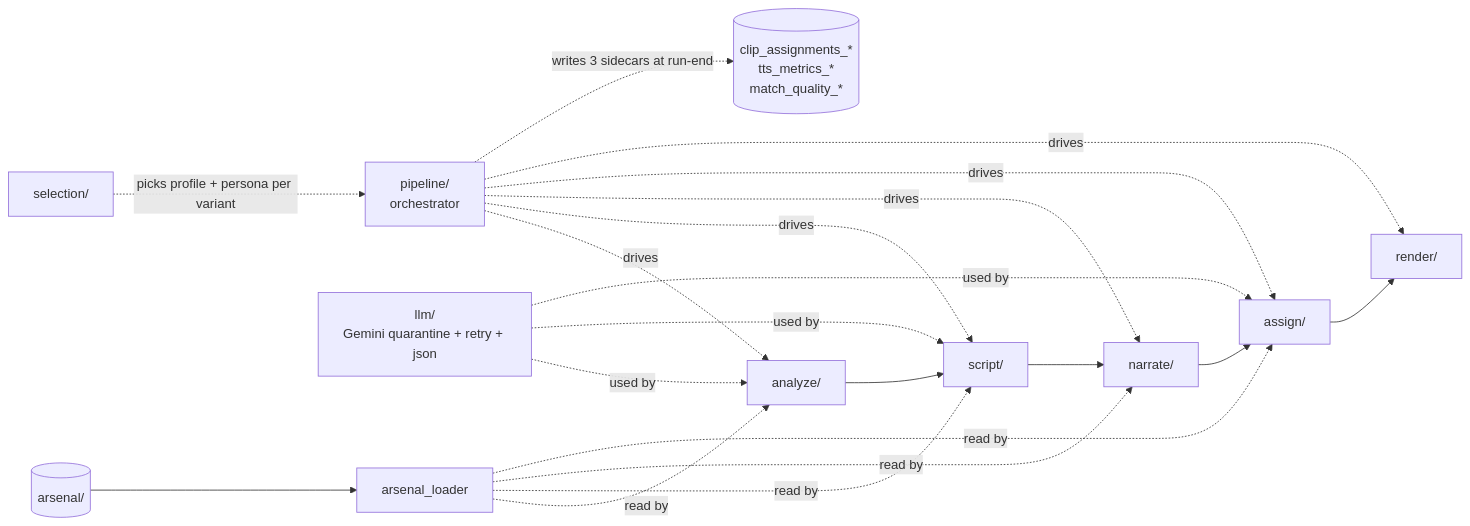
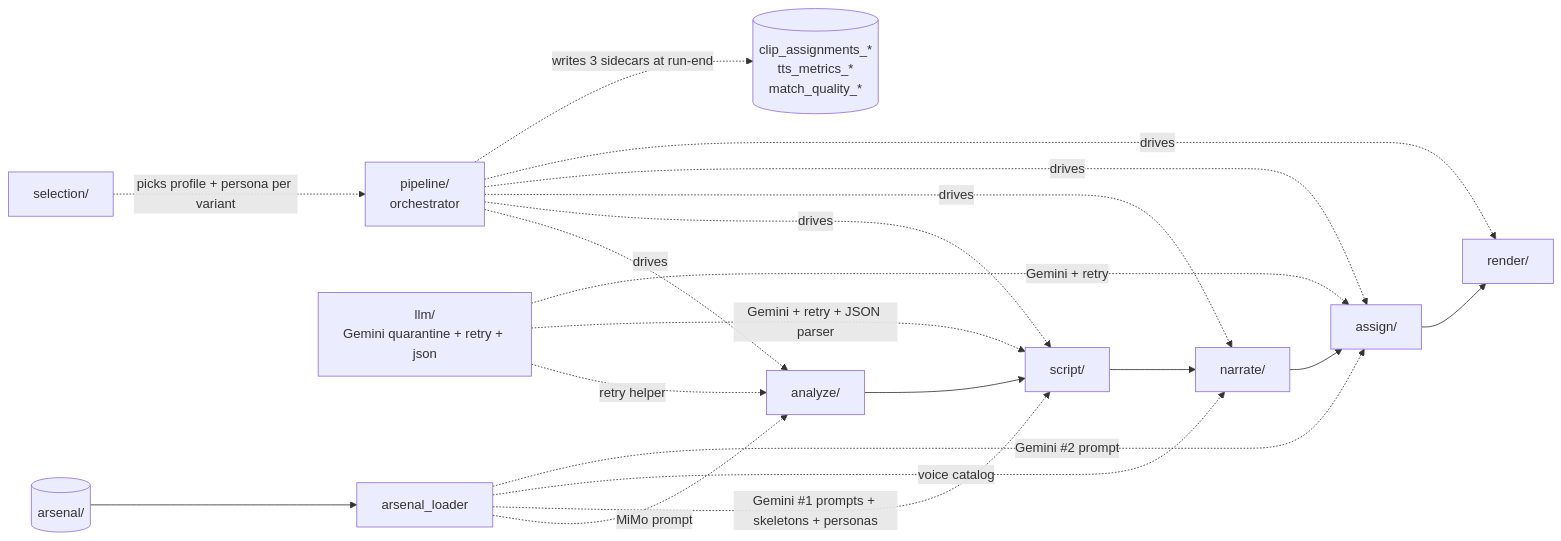
The diagram in promo/core/architecture.md (Leo86868/Promo-Pipeline), drawn with Mermaid before and after one commit. The commit also changed other lines of this file, not shown here.

First paragraph of the commit message:
docs(core): umbrella granny-friendly tweaks — specific arsenal/llm edge labels + per-stage breakdown table + plain-English backend.py + retry-helper wording
Three targeted readability improvements to promo/core/architecture.md
(94 → 104 lines, all surgical edits — no structural changes):

````diff
--- a/promo/core/architecture.md
+++ b/promo/core/architecture.md
@@ -46,24 +46,24 @@
 ```mermaid
 flowchart LR
     A[analyze/] --> S[script/]
     S --> N[narrate/]
     N --> AS[assign/]
     AS --> R[render/]
 
     P[pipeline/<br/>orchestrator] -. drives .-> A
     P -. drives .-> S
     P -. drives .-> N
     P -. drives .-> AS
     P -. drives .-> R
     P -. writes 3 sidecars at run-end .-> SC[(clip_assignments_*<br/>tts_metrics_*<br/>match_quality_*)]
 
     SEL[selection/] -. picks profile + persona per variant .-> P
-    LLM[llm/<br/>Gemini quarantine + retry + json] -. used by .-> A
-    LLM -. used by .-> S
-    LLM -. used by .-> AS
+    LLM[llm/<br/>Gemini quarantine + retry + json] -. retry helper .-> A
+    LLM -. Gemini + retry + JSON parser .-> S
+    LLM -. Gemini + retry .-> AS
     AR[(arsenal/)] --> AL[arsenal_loader]
-    AL -. read by .-> A
-    AL -. read by .-> S
-    AL -. read by .-> N
-    AL -. read by .-> AS
+    AL -. MiMo prompt .-> A
+    AL -. Gemini #1 prompts + skeletons + personas .-> S
+    AL -. voice catalog .-> N
+    AL -. Gemini #2 prompt .-> AS
 ```
````
